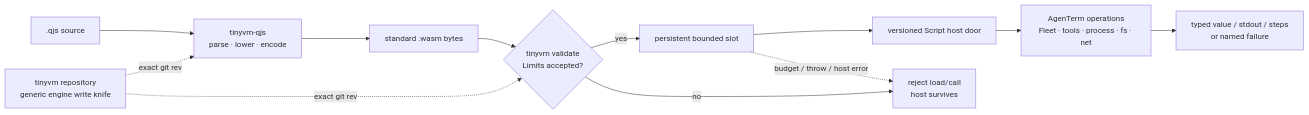
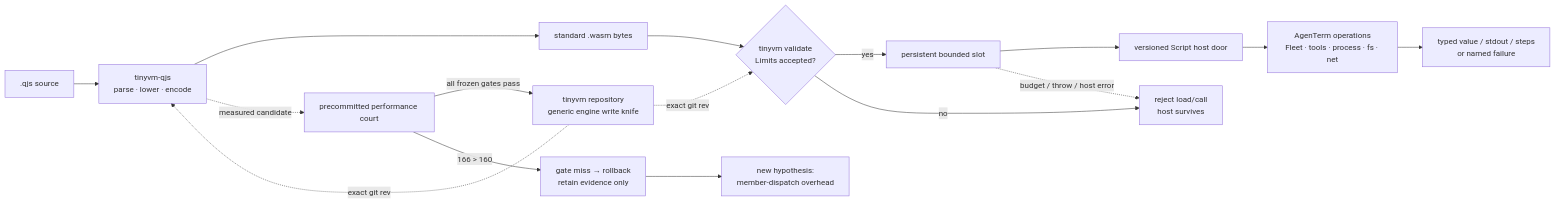
Before and after one commit to partnernetsoftware/agenterm: the diagram in prd/PRD_02_36_agenterm_qjswasm.md, drawn with Mermaid. The commit also changed other lines of this file and 1 other file, not shown here.

Commit message:
plan(qjswasm): record rejected string metadata court

````diff
--- a/prd/PRD_02_36_agenterm_qjswasm.md
+++ b/prd/PRD_02_36_agenterm_qjswasm.md
@@ -57,19 +58,25 @@
 ```mermaid
 flowchart LR
   SRC[".qjs source"]
   COMP["tinyvm-qjs<br/>parse · lower · encode"]
   WASM["standard .wasm bytes"]
   LOAD{"tinyvm validate<br/>Limits accepted?"}
   SLOT["persistent bounded slot"]
   DOOR["versioned Script host door"]
   PRODUCT["AgenTerm operations<br/>Fleet · tools · process · fs · net"]
   RECEIPT["typed value / stdout / steps<br/>or named failure"]
   UP["tinyvm repository<br/>generic engine write knife"]
   REJECT["reject load/call<br/>host survives"]
+  PERF["precommitted performance court"]
+  ROLLBACK["gate miss → rollback<br/>retain evidence only"]
+  NEXT["new hypothesis:<br/>member-dispatch overhead"]
 
   SRC --> COMP --> WASM --> LOAD
   UP -. exact git rev .-> COMP & LOAD
   LOAD -->|yes| SLOT --> DOOR --> PRODUCT --> RECEIPT
   LOAD -->|no| REJECT
   SLOT -. budget / throw / host error .-> REJECT
+  COMP -. measured candidate .-> PERF
+  PERF -->|all frozen gates pass| UP
+  PERF -->|166 > 160| ROLLBACK --> NEXT
 ```
````
